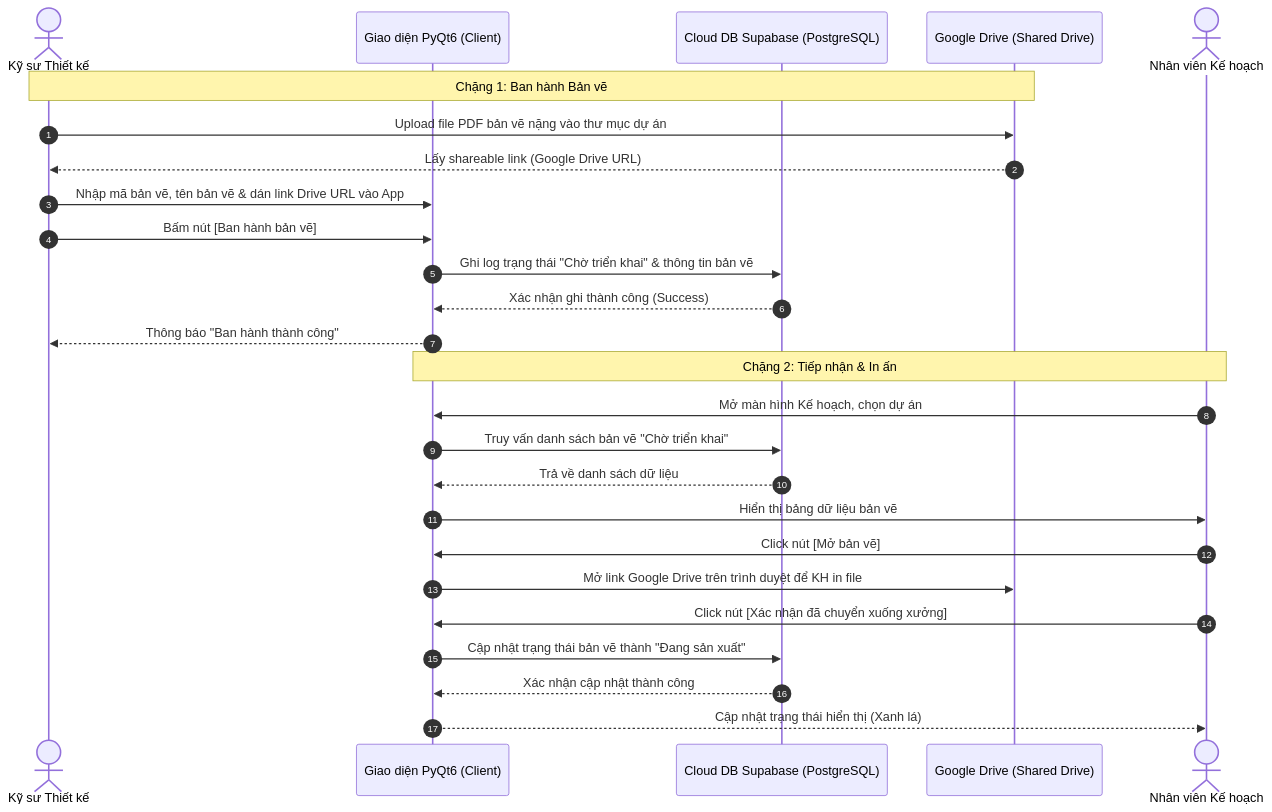
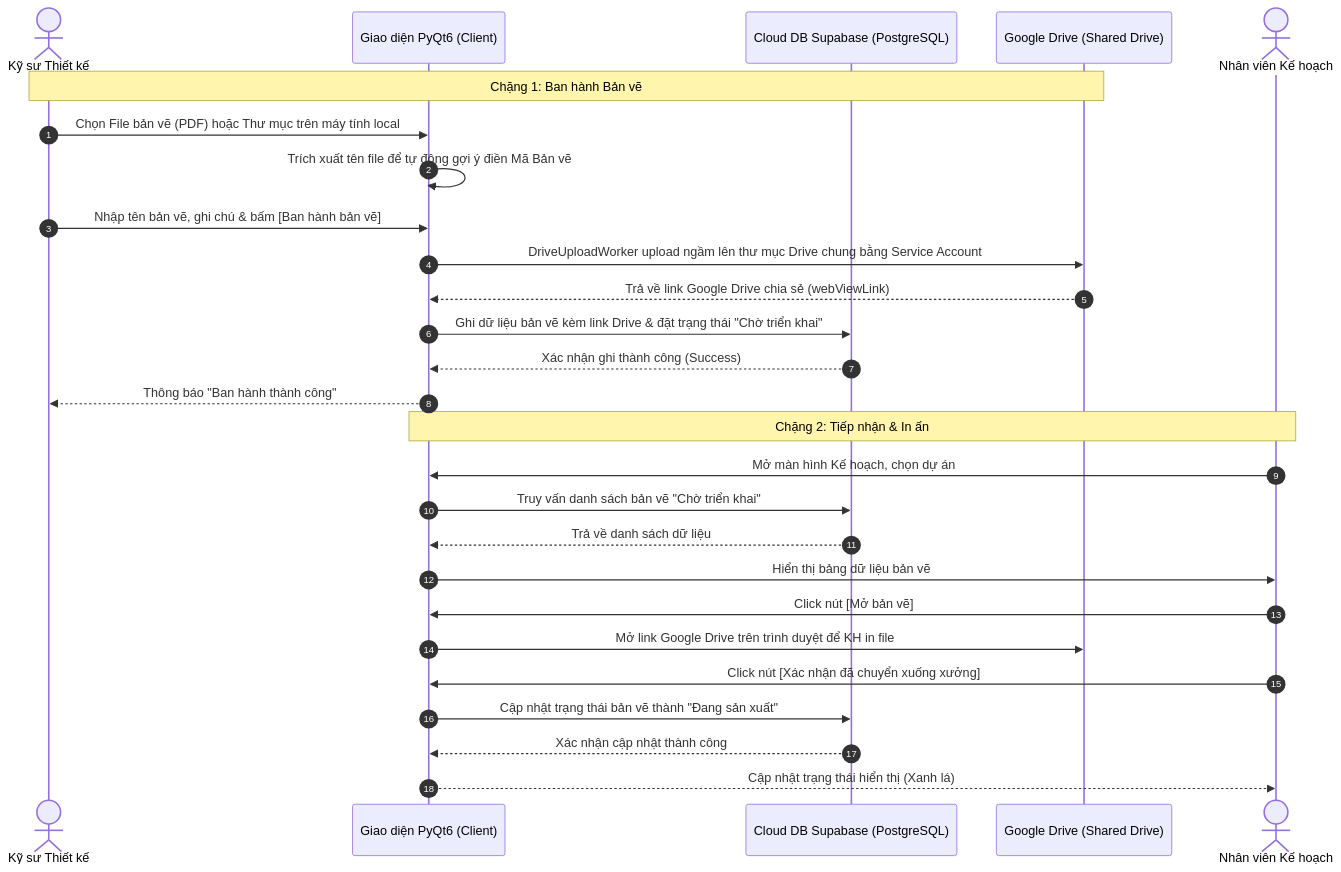
One commit to luulehai-lab/TLS_ERP_DESIGN_PLANNING changed the diagram in docs/architecture/ARCHITECTURE_MAP.md. Above: the diagram before and after it, drawn with Mermaid. The commit also changed other lines of this file and 8 other files, not shown here.

Commit message:
feat(drawing-ui): integrate auto google drive file/folder upload and auto fill link during drawing release

````diff
--- a/docs/architecture/ARCHITECTURE_MAP.md
+++ b/docs/architecture/ARCHITECTURE_MAP.md
@@ -85,30 +87,31 @@
 ```mermaid
 sequenceDiagram
     autonumber
     actor TK as Kỹ sư Thiết kế
     participant UI as Giao diện PyQt6 (Client)
     participant DB as Cloud DB Supabase (PostgreSQL)
     participant GD as Google Drive (Shared Drive)
     actor KH as Nhân viên Kế hoạch
 
     Note over TK, GD: Chặng 1: Ban hành Bản vẽ
-    TK->>GD: Upload file PDF bản vẽ nặng vào thư mục dự án
-    GD-->>TK: Lấy shareable link (Google Drive URL)
-    TK->>UI: Nhập mã bản vẽ, tên bản vẽ & dán link Drive URL vào App
-    TK->>UI: Bấm nút [Ban hành bản vẽ]
-    UI->>DB: Ghi log trạng thái "Chờ triển khai" & thông tin bản vẽ
+    TK->>UI: Chọn File bản vẽ (PDF) hoặc Thư mục trên máy tính local
+    UI->>UI: Trích xuất tên file để tự động gợi ý điền Mã Bản vẽ
+    TK->>UI: Nhập tên bản vẽ, ghi chú & bấm [Ban hành bản vẽ]
+    UI->>GD: DriveUploadWorker upload ngầm lên thư mục Drive chung bằng Service Account
+    GD-->>UI: Trả về link Google Drive chia sẻ (webViewLink)
+    UI->>DB: Ghi dữ liệu bản vẽ kèm link Drive & đặt trạng thái "Chờ triển khai"
     DB-->>UI: Xác nhận ghi thành công (Success)
     UI-->>TK: Thông báo "Ban hành thành công"
 
     Note over UI, KH: Chặng 2: Tiếp nhận & In ấn
     KH->>UI: Mở màn hình Kế hoạch, chọn dự án
     UI->>DB: Truy vấn danh sách bản vẽ "Chờ triển khai"
     DB-->>UI: Trả về danh sách dữ liệu
     UI->>KH: Hiển thị bảng dữ liệu bản vẽ
     KH->>UI: Click nút [Mở bản vẽ]
     UI->>GD: Mở link Google Drive trên trình duyệt để KH in file
     KH->>UI: Click nút [Xác nhận đã chuyển xuống xưởng]
     UI->>DB: Cập nhật trạng thái bản vẽ thành "Đang sản xuất"
     DB-->>UI: Xác nhận cập nhật thành công
     UI-->>KH: Cập nhật trạng thái hiển thị (Xanh lá)
 ```
````
